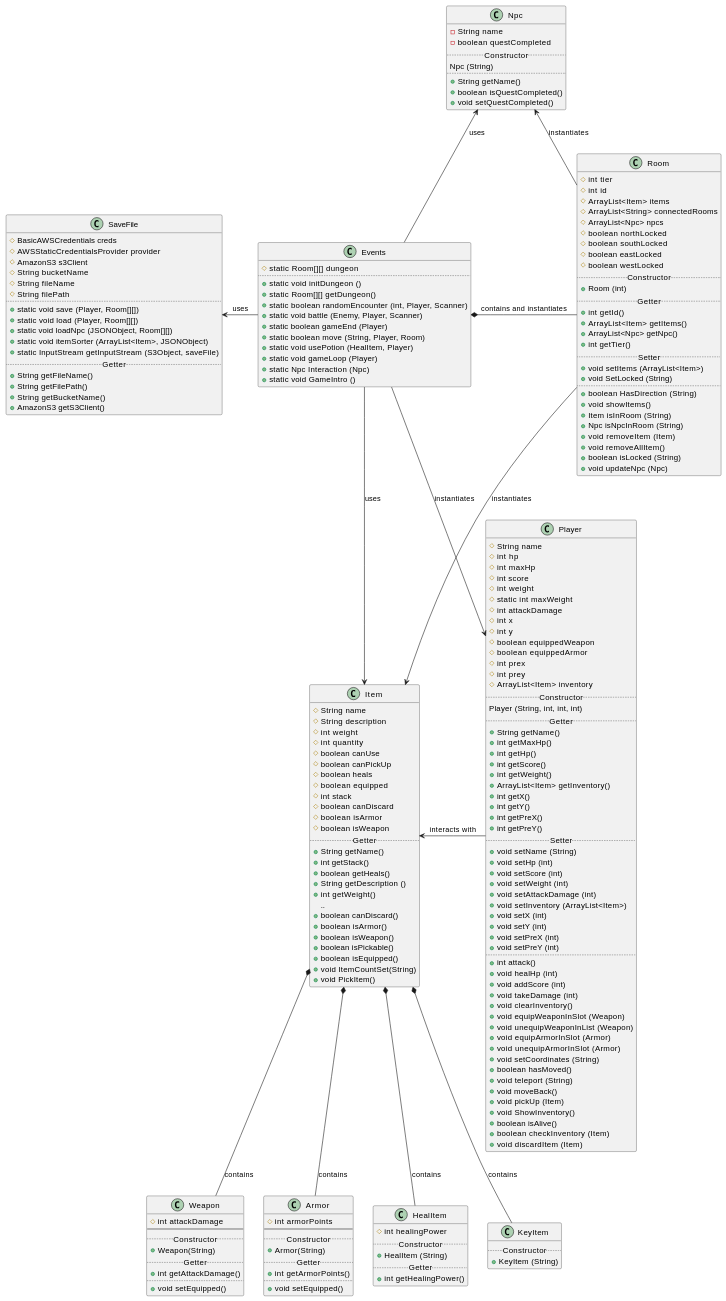
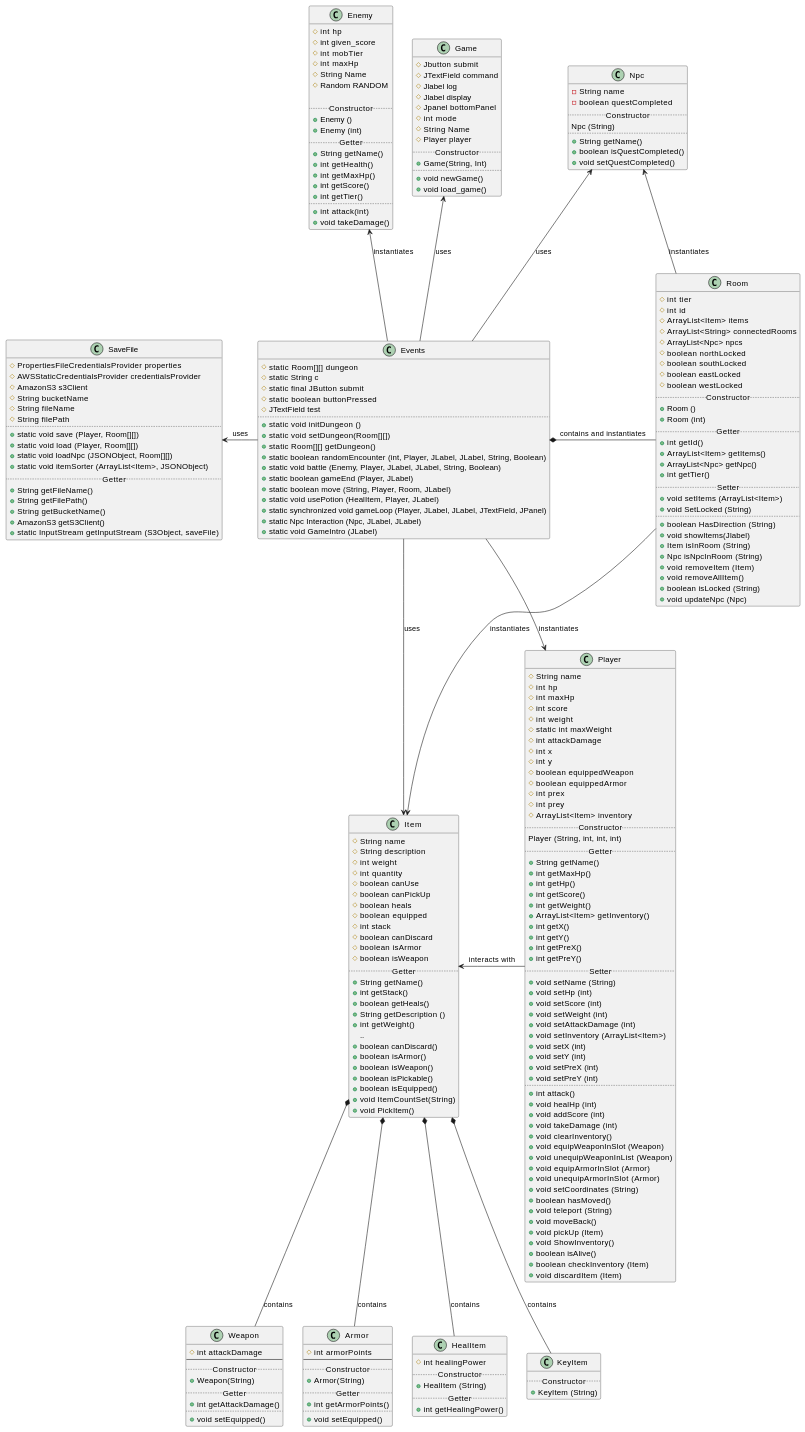
One commit to TeoSimii/SoftwareEngineeringProject changed the diagram in DesignClassModel.md. Above: the diagram before and after it, drawn with PlantUML.

```diff
--- a/DesignClassModel.md
+++ b/DesignClassModel.md
@@ -63,6 +63,44 @@
   + int getHealingPower()
 }
 
+class Game {
+  # Jbutton submit
+  # JTextField command
+  # Jlabel log
+  # Jlabel display
+  # Jpanel bottomPanel
+  # int mode
+  # String Name
+  # Player player
+  ..Constructor..
+  + Game(String, Int)
+  ..
+  + void newGame()
+  + void load_game()
+}
+
+class Enemy {
+  #int hp
+  #int given_score
+  #int mobTier
+  #int maxHp
+  #String Name
+  #Random RANDOM 
+
+  ..Constructor..
+  + Enemy ()
+  + Enemy (int)
+  ..Getter..
+  + String getName()
+  + int getHealth()
+  + int getMaxHp()
+  + int getScore()
+  + int getTier()
+  ..
+  + int attack(int)
+  + void takeDamage()
+}
+
 class KeyItem {
   ..Constructor..
   + KeyItem (String)
@@ -79,6 +117,7 @@
   #boolean eastLocked
   #boolean westLocked
   ..Constructor..
+  + Room ()
   + Room (int)
   ..Getter..
   + int getId()
@@ -90,7 +129,7 @@
   + void SetLocked (String)
   ..
   + boolean HasDirection (String)
-  + void showItems()
+  + void showItems(Jlabel)
   + Item isInRoom (String)
   + Npc isNpcInRoom (String)
   + void removeItem (Item)
@@ -172,22 +211,27 @@
 
 class Events {
   # static Room[][] dungeon
+  # static String c
+  # static final JButton submit
+  # static boolean buttonPressed
+  # JTextField test
   ..
   + static void initDungeon () 
+  + static void setDungeon(Room[][])
   + static Room[][] getDungeon()
-  + static boolean randomEncounter (int, Player, Scanner)
-  + static void battle (Enemy, Player, Scanner)
-  + static boolean gameEnd (Player)
-  + static boolean move (String, Player, Room)
-  + static void usePotion (HealItem, Player)
-  + static void gameLoop (Player)
-  + static Npc Interaction (Npc)
-  + static void GameIntro ()
+  + static boolean randomEncounter (int, Player, JLabel, JLabel, String, Boolean)
+  + static void battle (Enemy, Player, JLabel, JLabel, String, Boolean)
+  + static boolean gameEnd (Player, JLabel)
+  + static boolean move (String, Player, Room, JLabel)
+  + static void usePotion (HealItem, Player, JLabel)
+  + static synchronized void gameLoop (Player, JLabel, JLabel, JTextField, JPanel)
+  + static Npc Interaction (Npc, JLabel, JLabel)
+  + static void GameIntro (JLabel)
 }
 
 class SaveFile {
-  # BasicAWSCredentials creds
-  # AWSStaticCredentialsProvider provider
+  # PropertiesFileCredentialsProvider properties
+  # AWSStaticCredentialsProvider credentialsProvider
   # AmazonS3 s3Client
   # String bucketName
   # String fileName
@@ -197,12 +241,12 @@
   + static void load (Player, Room[][])
   + static void loadNpc (JSONObject, Room[][])
   + static void itemSorter (ArrayList<Item>, JSONObject)
-  + static InputStream getInputStream (S3Object, saveFile)
   ..Getter..
   + String getFileName()
   + String getFilePath()
   + String getBucketName()
   + AmazonS3 getS3Client()
+  + static InputStream getInputStream (S3Object, saveFile)
 }
 
 Item *-- HealItem: contains
@@ -210,7 +254,8 @@
 Item *-- Weapon: contains
 Item *-- Armor: contains
 
-
+Events -up-> Game: uses
+Events -up-> Enemy: instantiates
 Player -left-> Item : interacts with
 Events --> Player : instantiates
 Events *-right- Room : contains and instantiates
```
